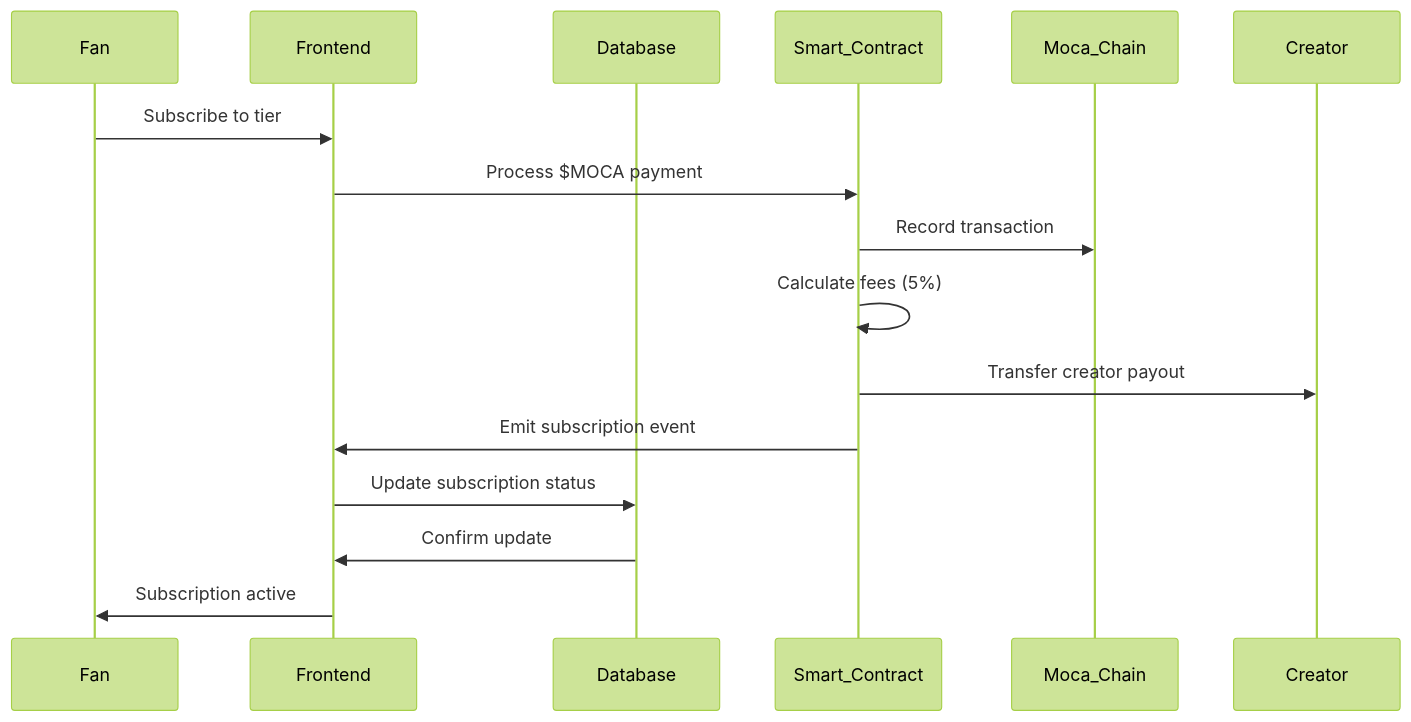
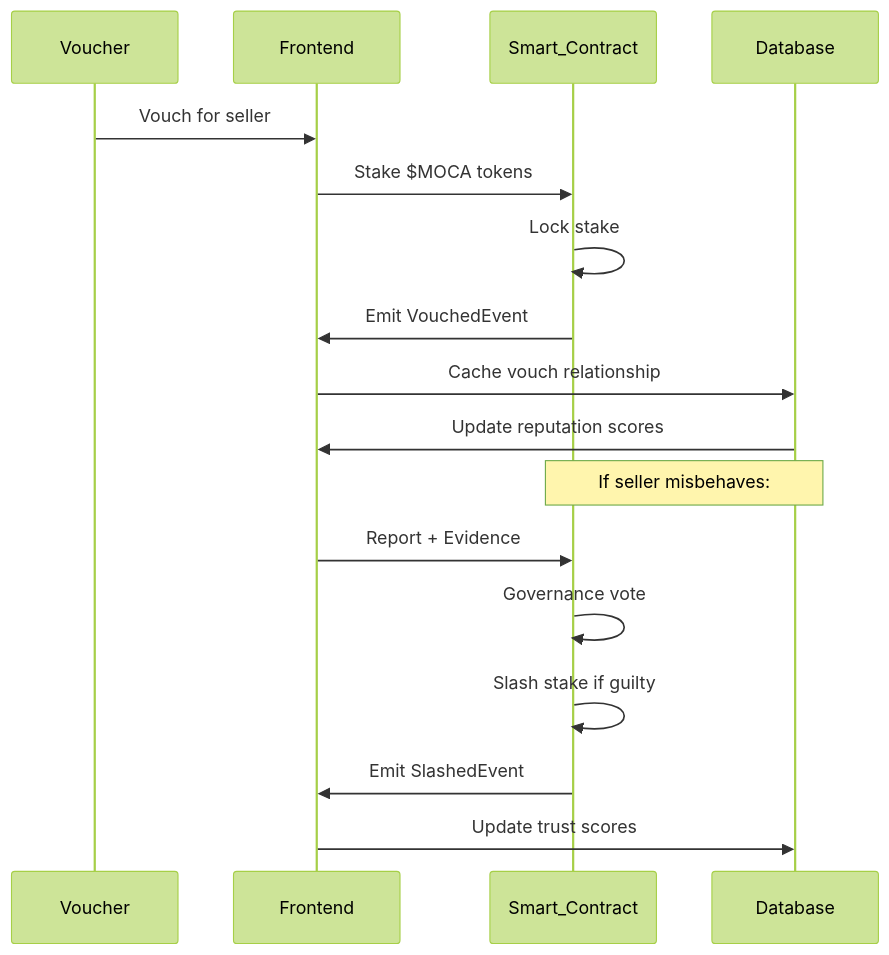
The third of 3 diagrams in docs/storage-plans.md (adetyaz/enclave), drawn with Mermaid (forest theme) before and after one commit. The commit also changed other lines of this file and 14 other files, not shown here.

````diff
--- a/docs/storage-plans.md
+++ b/docs/storage-plans.md
@@ -472,19 +637,22 @@
 ```mermaid
 sequenceDiagram
-    participant Fan
+    participant Voucher
     participant Frontend
+    participant Smart_Contract
     participant Database
-    participant Smart_Contract
-    participant Moca_Chain
-    participant Creator
 
-    Fan->>Frontend: Subscribe to tier
-    Frontend->>Smart_Contract: Process $MOCA payment
-    Smart_Contract->>Moca_Chain: Record transaction
-    Smart_Contract->>Smart_Contract: Calculate fees (5%)
-    Smart_Contract->>Creator: Transfer creator payout
-    Smart_Contract->>Frontend: Emit subscription event
-    Frontend->>Database: Update subscription status
-    Database->>Frontend: Confirm update
-    Frontend->>Fan: Subscription active
+    Voucher->>Frontend: Vouch for seller
+    Frontend->>Smart_Contract: Stake $MOCA tokens
+    Smart_Contract->>Smart_Contract: Lock stake
+    Smart_Contract->>Frontend: Emit VouchedEvent
+    Frontend->>Database: Cache vouch relationship
+    Database->>Frontend: Update reputation scores
+
+    Note over Smart_Contract,Database: If seller misbehaves:
+
+    Frontend->>Smart_Contract: Report + Evidence
+    Smart_Contract->>Smart_Contract: Governance vote
+    Smart_Contract->>Smart_Contract: Slash stake if guilty
+    Smart_Contract->>Frontend: Emit SlashedEvent
+    Frontend->>Database: Update trust scores
 ```
````
